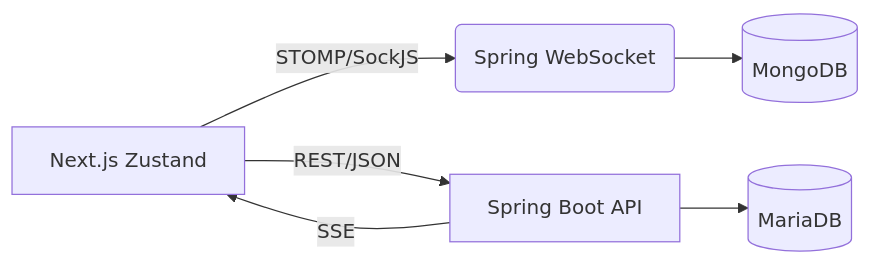
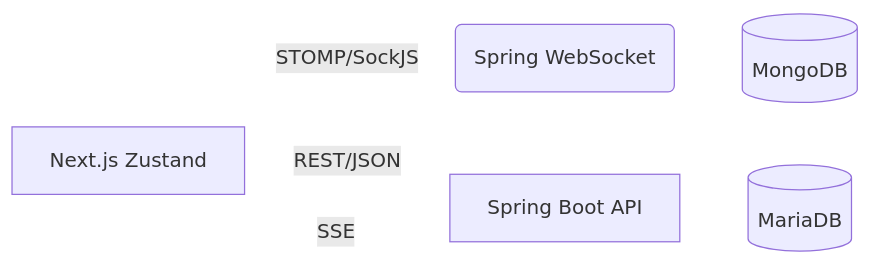
One commit to JKJ0918/trip-planner-frontend changed the diagram in README.md. Above: the diagram before and after it, drawn with Mermaid. The commit also changed other lines of this file and 7 other files, not shown here.

````diff
--- a/README.md
+++ b/README.md
@@ -46,8 +51,9 @@
 ```mermaid
+%%{init: {"themeVariables": {"primaryColor": "transparent", "primaryTextColor": "#ffffff", "lineColor": "#ffffff", "secondaryColor": "transparent", "tertiaryColor": "transparent"}}}%%
 flowchart LR
     A[Next.js Zustand] -- STOMP/SockJS --> B(Spring WebSocket)
     A -- REST/JSON --> C[Spring Boot API]
     C --> D[(MariaDB)]
     B --> E[(MongoDB)]
     C -- SSE --> A
 ```
````
